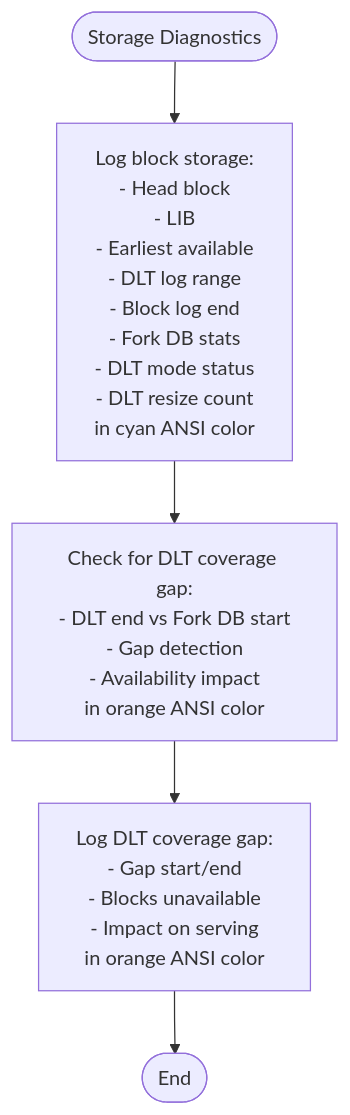
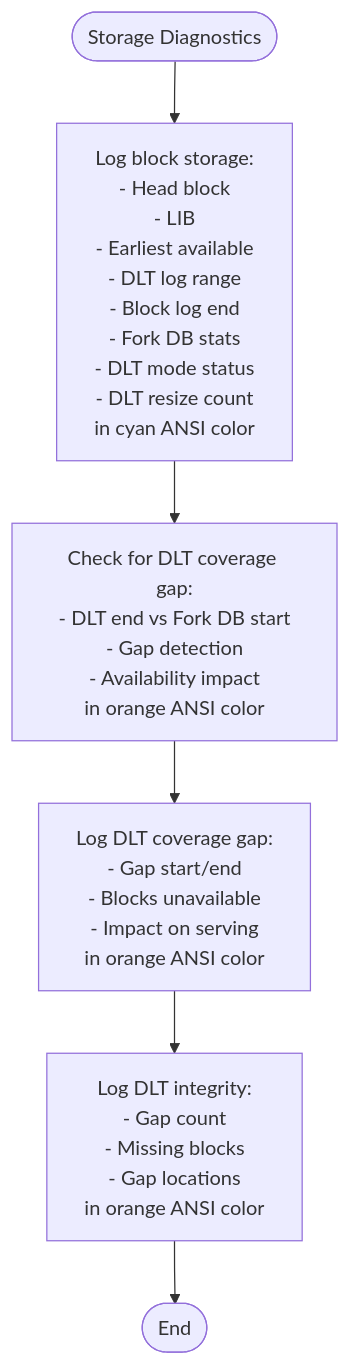
Diagram 27 of 43 in .qoder/repowiki/en/content/P2p Plugin.md (VIZ-Blockchain/viz-cpp-node), drawn with Mermaid before and after one commit. The commit also changed other lines of this file and 2 other files, not shown here.

First line of the commit message:
feat(dlt): enhance DLT block log and p2p plugin with gap detection and Windows support

````diff
--- a/.qoder/repowiki/en/content/P2p Plugin.md
+++ b/.qoder/repowiki/en/content/P2p Plugin.md
@@ -898,7 +974,8 @@
 ```mermaid
 flowchart TD
 Start([Storage Diagnostics]) --> LogStorage["Log block storage:<br/>- Head block<br/>- LIB<br/>- Earliest available<br/>- DLT log range<br/>- Block log end<br/>- Fork DB stats<br/>- DLT mode status<br/>- DLT resize count<br/>in cyan ANSI color"]
 LogStorage --> CheckGap["Check for DLT coverage gap:<br/>- DLT end vs Fork DB start<br/>- Gap detection<br/>- Availability impact<br/>in orange ANSI color"]
 CheckGap --> LogGapWarning["Log DLT coverage gap:<br/>- Gap start/end<br/>- Blocks unavailable<br/>- Impact on serving<br/>in orange ANSI color"]
-LogGapWarning --> End([End])
+LogGapWarning --> LogIntegrity["Log DLT integrity:<br/>- Gap count<br/>- Missing blocks<br/>- Gap locations<br/>in orange ANSI color"]
+LogIntegrity --> End([End])
 ```
````
